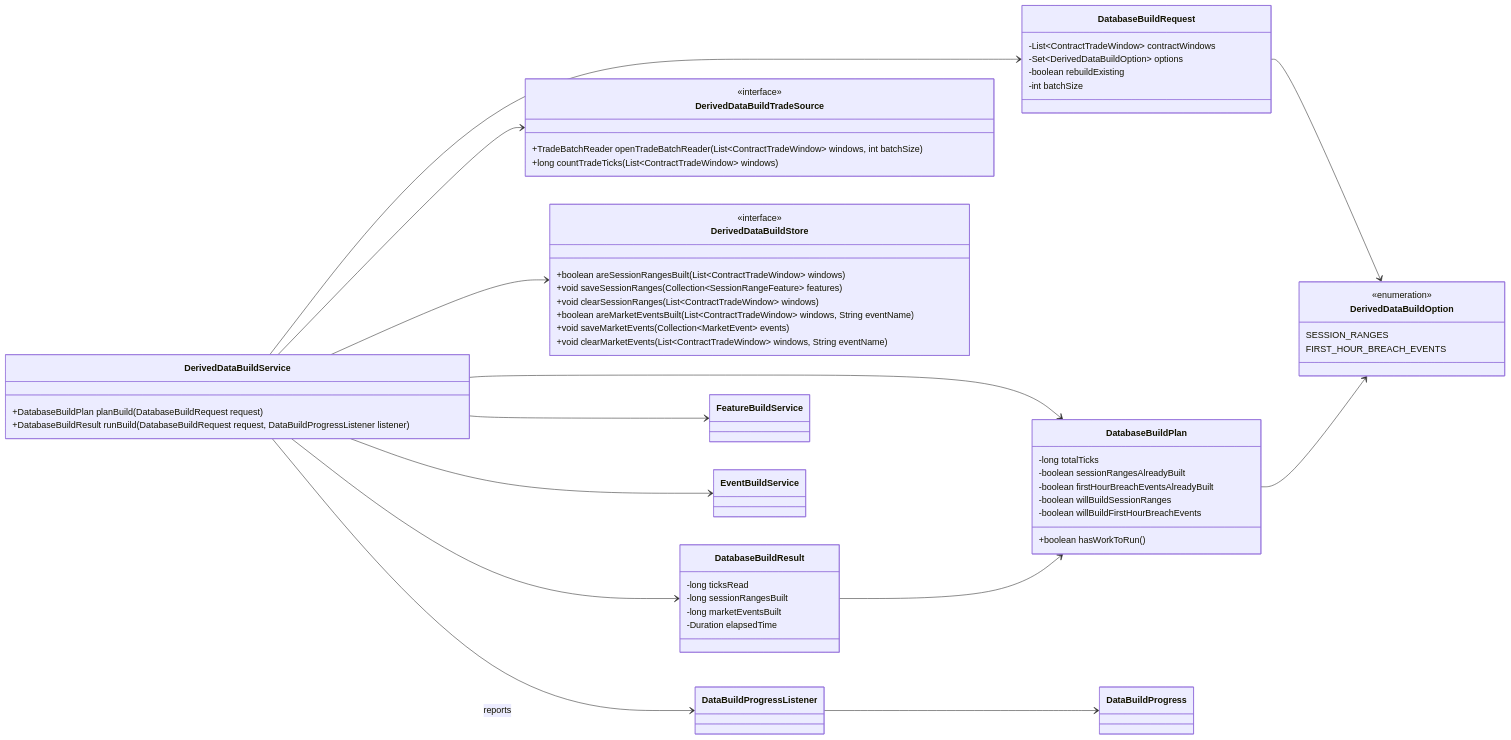
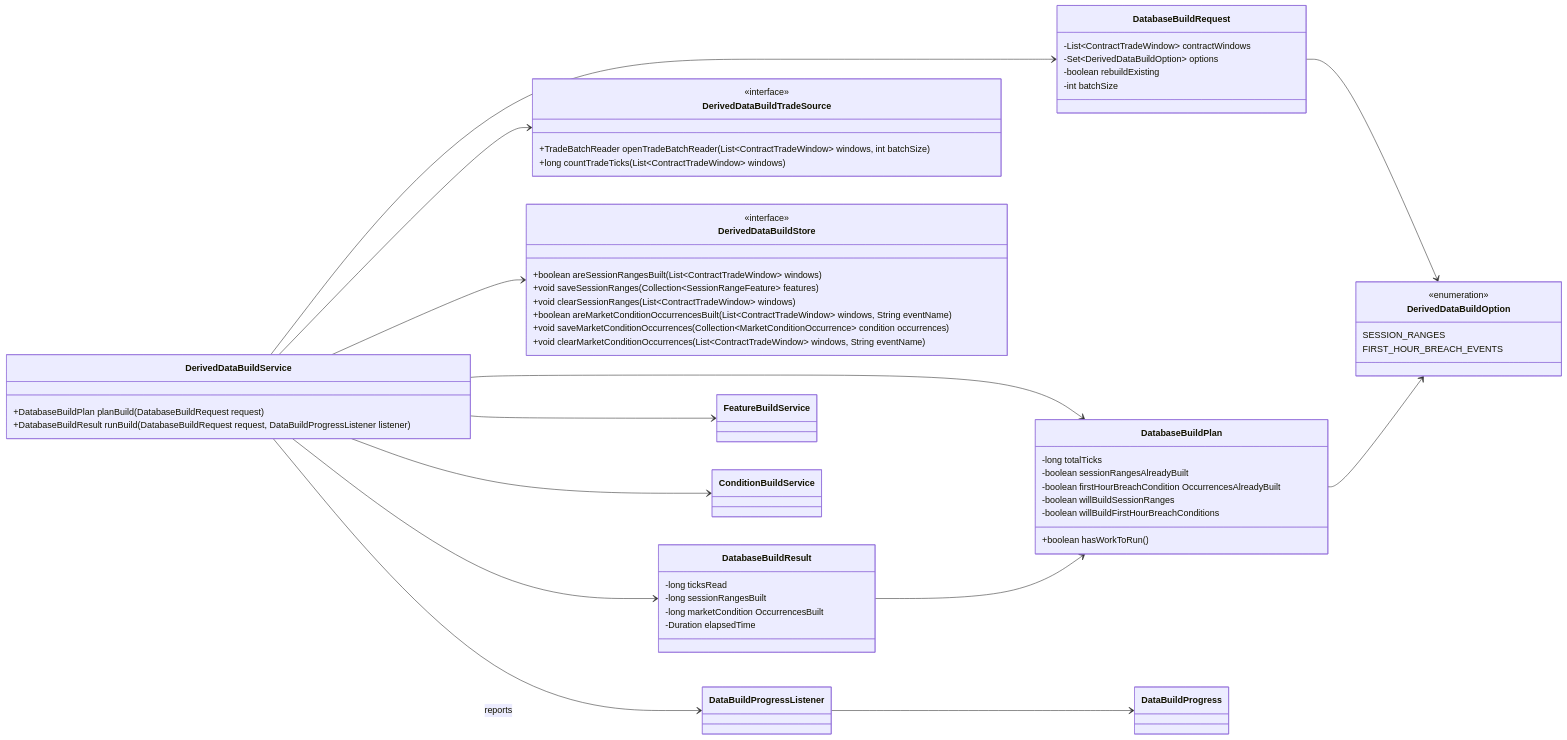
One commit to probst-paul/FORGE changed the seventh of 22 diagrams in class-model.md. Above: the diagram before and after it, drawn with Mermaid. The commit also changed other lines of this file and 125 other files, not shown here.

First line of the commit message:
Introduce MarketCondition and refactor triggers

````diff
--- a/class-model.md
+++ b/class-model.md
@@ -445,70 +445,70 @@
 ```mermaid
 classDiagram
     direction LR
 
     class DatabaseBuildRequest {
         -List~ContractTradeWindow~ contractWindows
         -Set~DerivedDataBuildOption~ options
         -boolean rebuildExisting
         -int batchSize
     }
 
     class DatabaseBuildPlan {
         -long totalTicks
         -boolean sessionRangesAlreadyBuilt
-        -boolean firstHourBreachEventsAlreadyBuilt
+        -boolean firstHourBreachCondition OccurrencesAlreadyBuilt
         -boolean willBuildSessionRanges
-        -boolean willBuildFirstHourBreachEvents
+        -boolean willBuildFirstHourBreachConditions
         +boolean hasWorkToRun()
     }
 
     class DatabaseBuildResult {
         -long ticksRead
         -long sessionRangesBuilt
-        -long marketEventsBuilt
+        -long marketCondition OccurrencesBuilt
         -Duration elapsedTime
     }
 
     class DerivedDataBuildService {
         +DatabaseBuildPlan planBuild(DatabaseBuildRequest request)
         +DatabaseBuildResult runBuild(DatabaseBuildRequest request, DataBuildProgressListener listener)
     }
 
     class DerivedDataBuildOption {
         <<enumeration>>
         SESSION_RANGES
         FIRST_HOUR_BREACH_EVENTS
     }
 
     class DerivedDataBuildTradeSource {
         <<interface>>
         +TradeBatchReader openTradeBatchReader(List~ContractTradeWindow~ windows, int batchSize)
         +long countTradeTicks(List~ContractTradeWindow~ windows)
     }
 
     class DerivedDataBuildStore {
         <<interface>>
         +boolean areSessionRangesBuilt(List~ContractTradeWindow~ windows)
         +void saveSessionRanges(Collection~SessionRangeFeature~ features)
         +void clearSessionRanges(List~ContractTradeWindow~ windows)
-        +boolean areMarketEventsBuilt(List~ContractTradeWindow~ windows, String eventName)
-        +void saveMarketEvents(Collection~MarketEvent~ events)
-        +void clearMarketEvents(List~ContractTradeWindow~ windows, String eventName)
+        +boolean areMarketConditionOccurrencesBuilt(List~ContractTradeWindow~ windows, String eventName)
+        +void saveMarketConditionOccurrences(Collection~MarketConditionOccurrence~ condition occurrences)
+        +void clearMarketConditionOccurrences(List~ContractTradeWindow~ windows, String eventName)
     }
 
     class DataBuildProgress
     class DataBuildProgressListener
 
     DerivedDataBuildService --> DatabaseBuildRequest
     DerivedDataBuildService --> DatabaseBuildPlan
     DerivedDataBuildService --> DatabaseBuildResult
     DerivedDataBuildService --> DerivedDataBuildTradeSource
     DerivedDataBuildService --> DerivedDataBuildStore
     DerivedDataBuildService --> FeatureBuildService
-    DerivedDataBuildService --> EventBuildService
+    DerivedDataBuildService --> ConditionBuildService
     DatabaseBuildRequest --> DerivedDataBuildOption
     DatabaseBuildPlan --> DerivedDataBuildOption
     DatabaseBuildResult --> DatabaseBuildPlan
     DerivedDataBuildService --> DataBuildProgressListener : reports
     DataBuildProgressListener --> DataBuildProgress
 ```
````
